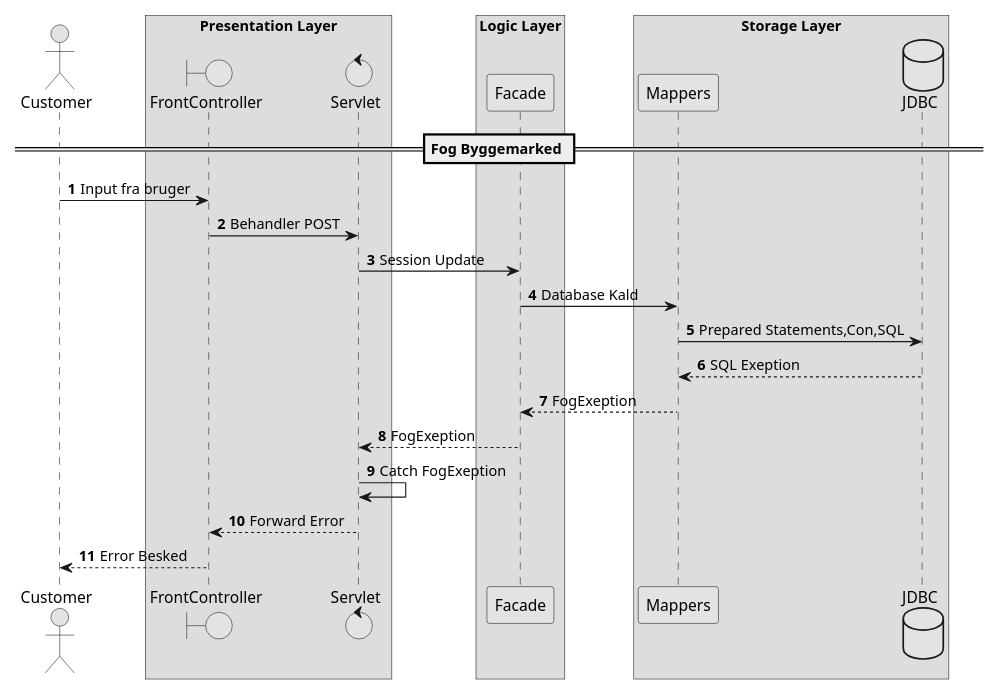
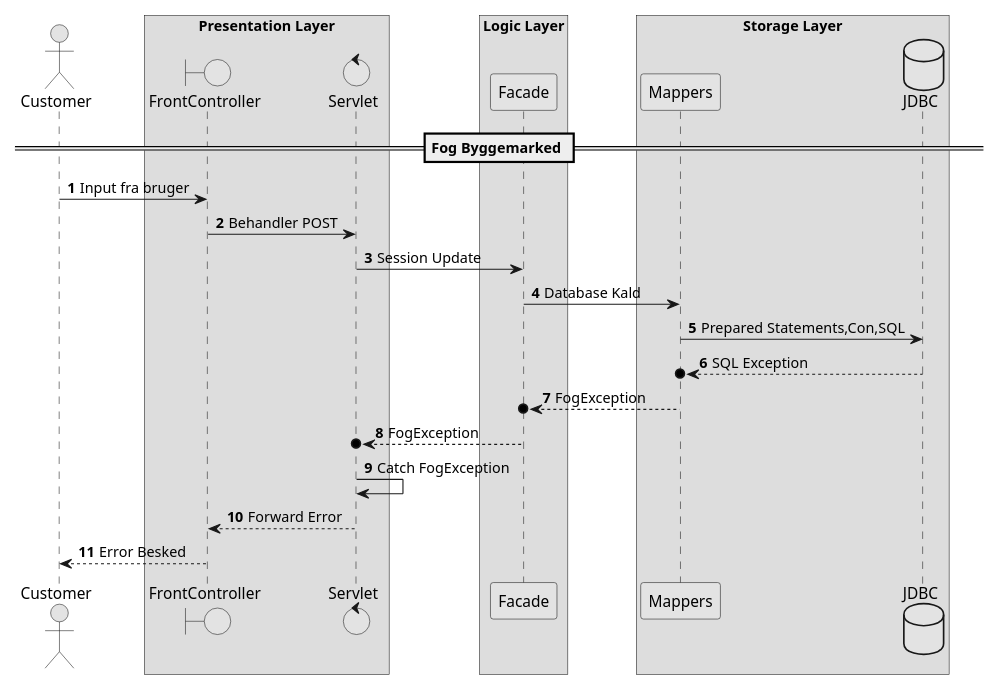
Before and after one commit to anirml/FogByggemarked: the diagram in Diagrammer/Sekvens_Diagram.puml, drawn with PlantUML. The commit also changed 1 other file, not shown here.

```diff
--- a/Diagrammer/Sekvens_Diagram.puml
+++ b/Diagrammer/Sekvens_Diagram.puml
@@ -1,37 +1,37 @@
 @startuml
 
 scale 650 width
 skinparam monochrome true
 skinparam BoxPadding 30
 autonumber
 
 == Fog Byggemarked ==
 
 actor Customer as "Customer"
 box "Presentation Layer"
 boundary FrontController
 control Servlet
 end box
 
 box "Logic Layer"
 participant LF as "Facade"
 end box
 box "Storage Layer"
 participant DM as "Mappers"
 Database DB as "JDBC"
 end box
 
 Customer->FrontController: Input fra bruger
 FrontController->Servlet: Behandler POST
 Servlet->LF: Session Update
 LF->DM: Database Kald
 DM->DB: Prepared Statements,Con,SQL
 
-DB-->DM: SQL Exeption
-DM-->LF: FogExeption
-LF-->Servlet: FogExeption
-Servlet->Servlet: Catch FogExeption
+DB-->o DM: SQL Exception
+DM-->o LF: FogException
+LF-->o Servlet: FogException
+Servlet->Servlet: Catch FogException
 Servlet-->FrontController: Forward Error
 FrontController-->Customer: Error Besked
 
 @enduml
```
